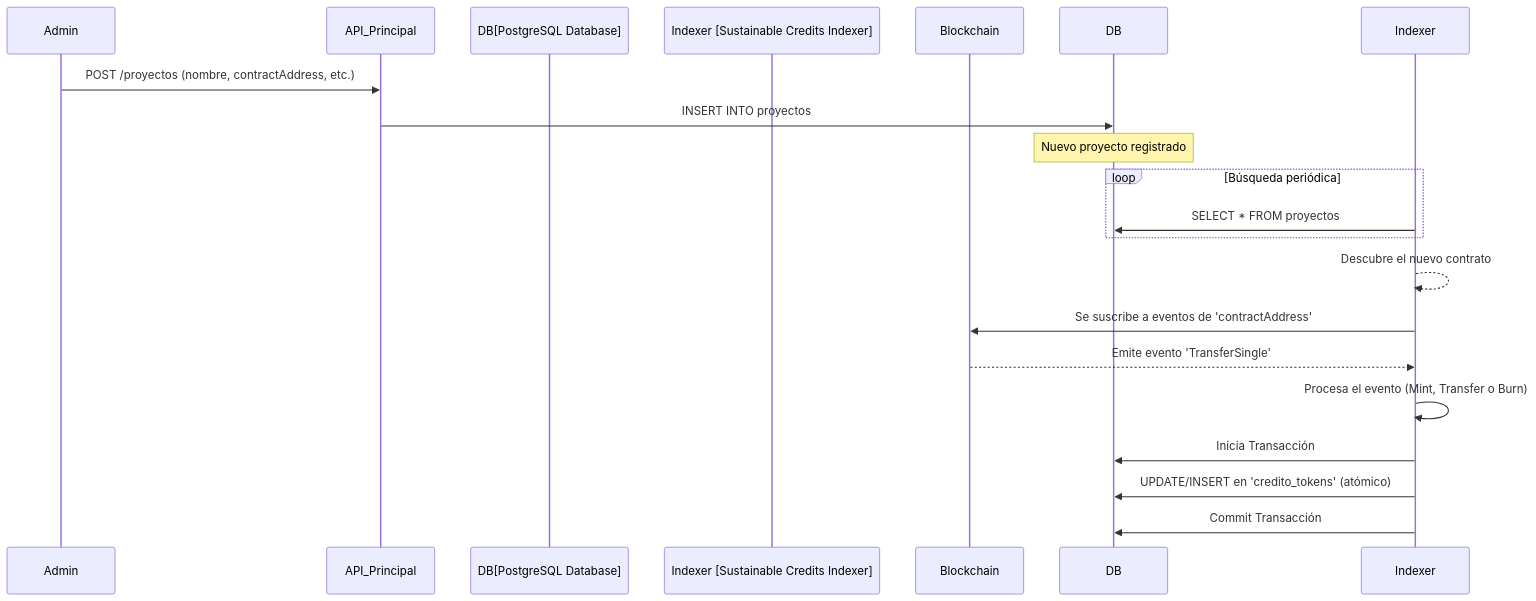
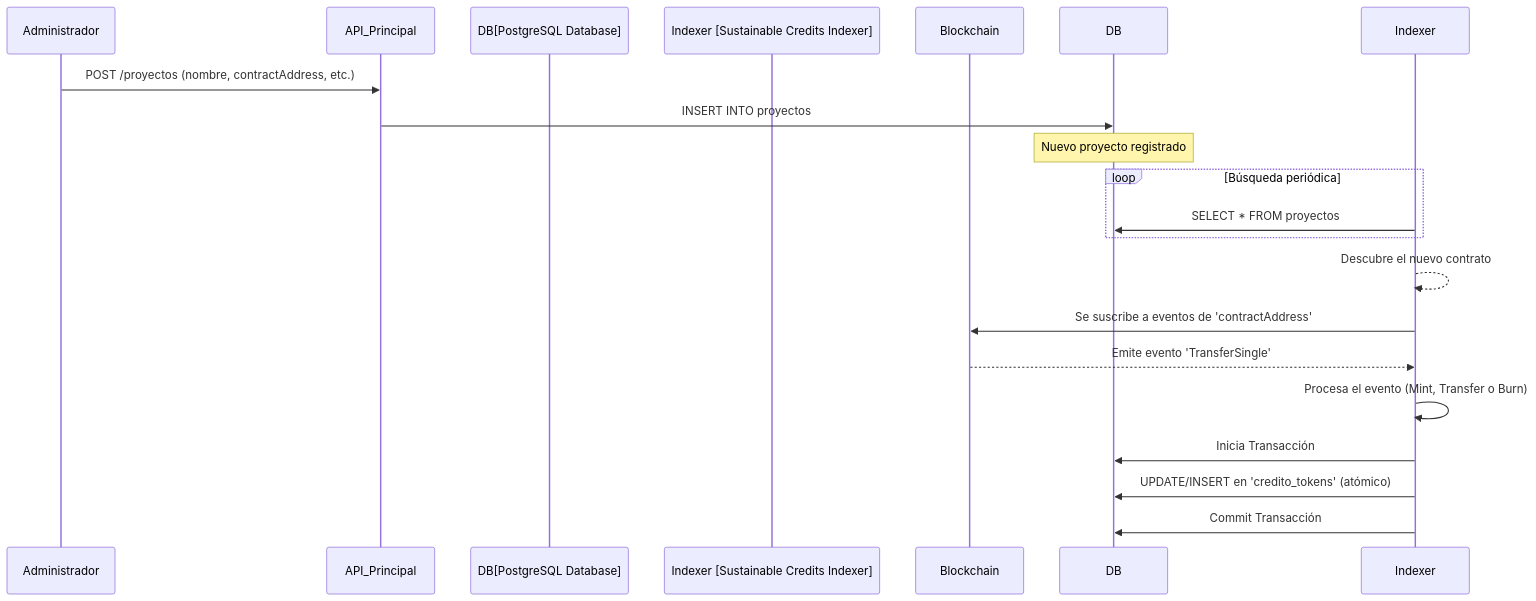
Before and after one commit to ecolab-web3/latin-hack-project: the diagram in README.md, drawn with Mermaid. The commit also changed other lines of this file and 9 other files, not shown here.

````diff
--- a/README.md
+++ b/README.md
@@ -24,26 +24,26 @@
 ```mermaid
 sequenceDiagram
-    participant Admin
+    participant Admin as Administrador
     participant API_Principal
     participant DB[PostgreSQL Database]
     participant Indexer [Sustainable Credits Indexer]
     participant Blockchain
 
     Admin->>API_Principal: POST /proyectos (nombre, contractAddress, etc.)
     API_Principal->>DB: INSERT INTO proyectos
     Note over DB: Nuevo proyecto registrado
 
     %% El indexador detecta el nuevo proyecto %%
     loop Búsqueda periódica
         Indexer->>DB: SELECT * FROM proyectos
     end
     Indexer-->>Indexer: Descubre el nuevo contrato
     Indexer->>Blockchain: Se suscribe a eventos de 'contractAddress'
 
     %% Ocurre una transacción en la blockchain %%
     Blockchain-->>Indexer: Emite evento 'TransferSingle'
     Indexer->>Indexer: Procesa el evento (Mint, Transfer o Burn)
     Indexer->>DB: Inicia Transacción
     Indexer->>DB: UPDATE/INSERT en 'credito_tokens' (atómico)
     Indexer->>DB: Commit Transacción
 ```
````
